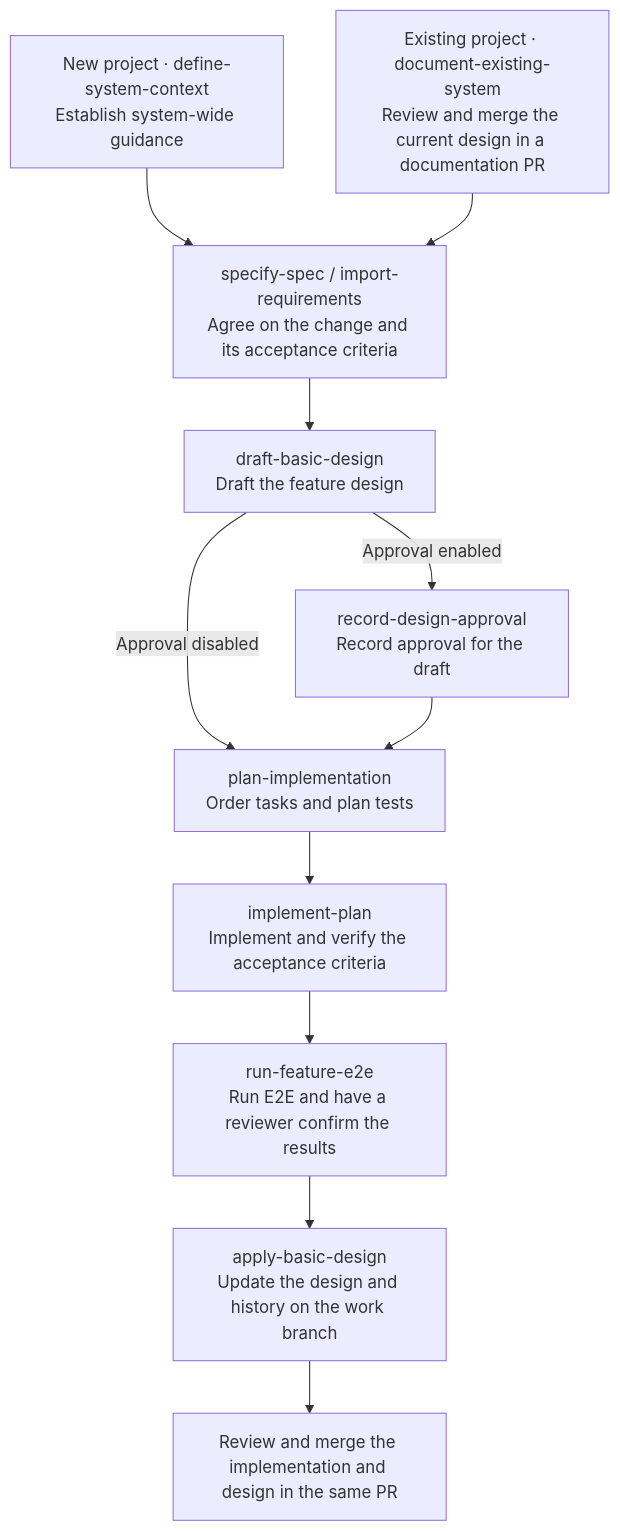
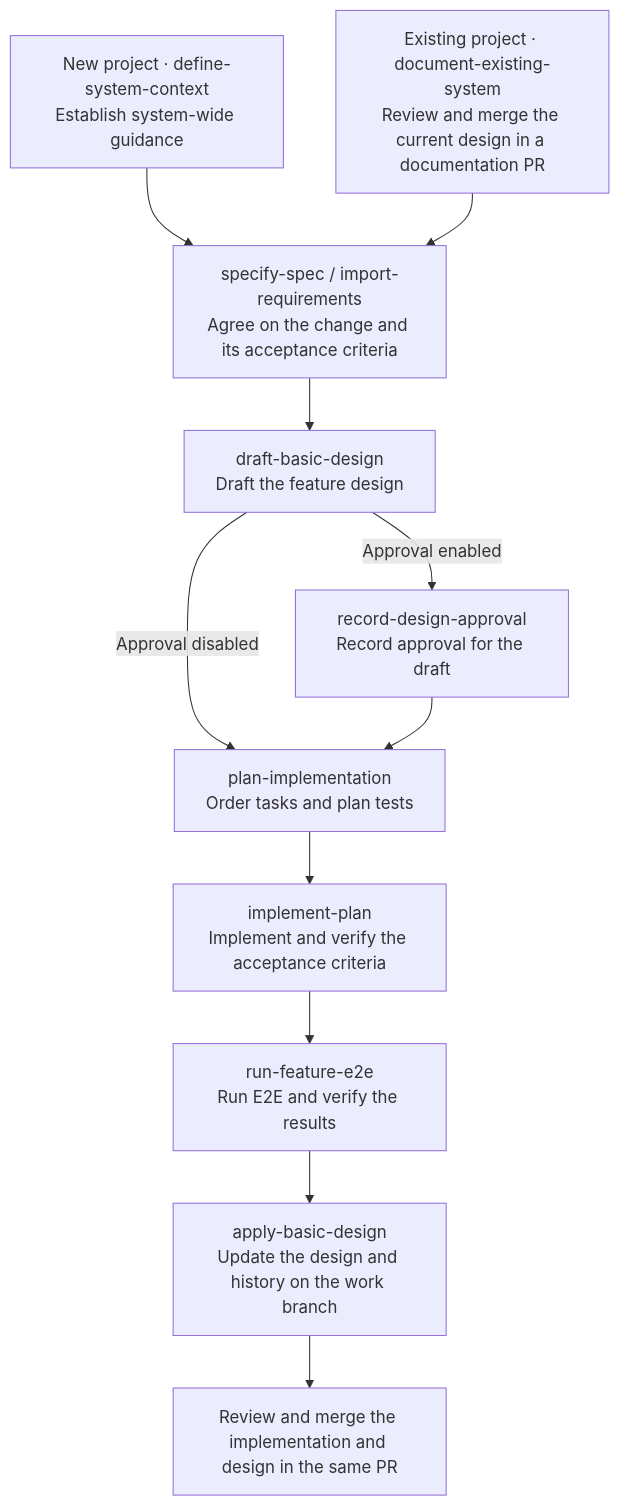
Before and after one commit to yoshi1220/spec-nikomi-udon: the diagram in english/docs/usage-guide.md, drawn with Mermaid. The commit also changed other lines of this file and 34 other files, not shown here.

```diff
--- a/english/docs/usage-guide.md
+++ b/english/docs/usage-guide.md
@@ -11,13 +11,13 @@
 ~~~mermaid
 flowchart TD
     N["New project · define-system-context<br/>Establish system-wide guidance"] --> S
     E["Existing project · document-existing-system<br/>Review and merge the current design in a documentation PR"] --> S
     S["specify-spec / import-requirements<br/>Agree on the change and its acceptance criteria"] --> D["draft-basic-design<br/>Draft the feature design"]
     D -->|Approval disabled| P["plan-implementation<br/>Order tasks and plan tests"]
     D -->|Approval enabled| A["record-design-approval<br/>Record approval for the draft"]
     A --> P
     P --> I["implement-plan<br/>Implement and verify the acceptance criteria"]
-    I --> T["run-feature-e2e<br/>Run E2E and have a reviewer confirm the results"]
+    I --> T["run-feature-e2e<br/>Run E2E and verify the results"]
     T --> M["apply-basic-design<br/>Update the design and history on the work branch"]
     M --> R["Review and merge the implementation and design in the same PR"]
 ~~~
```
